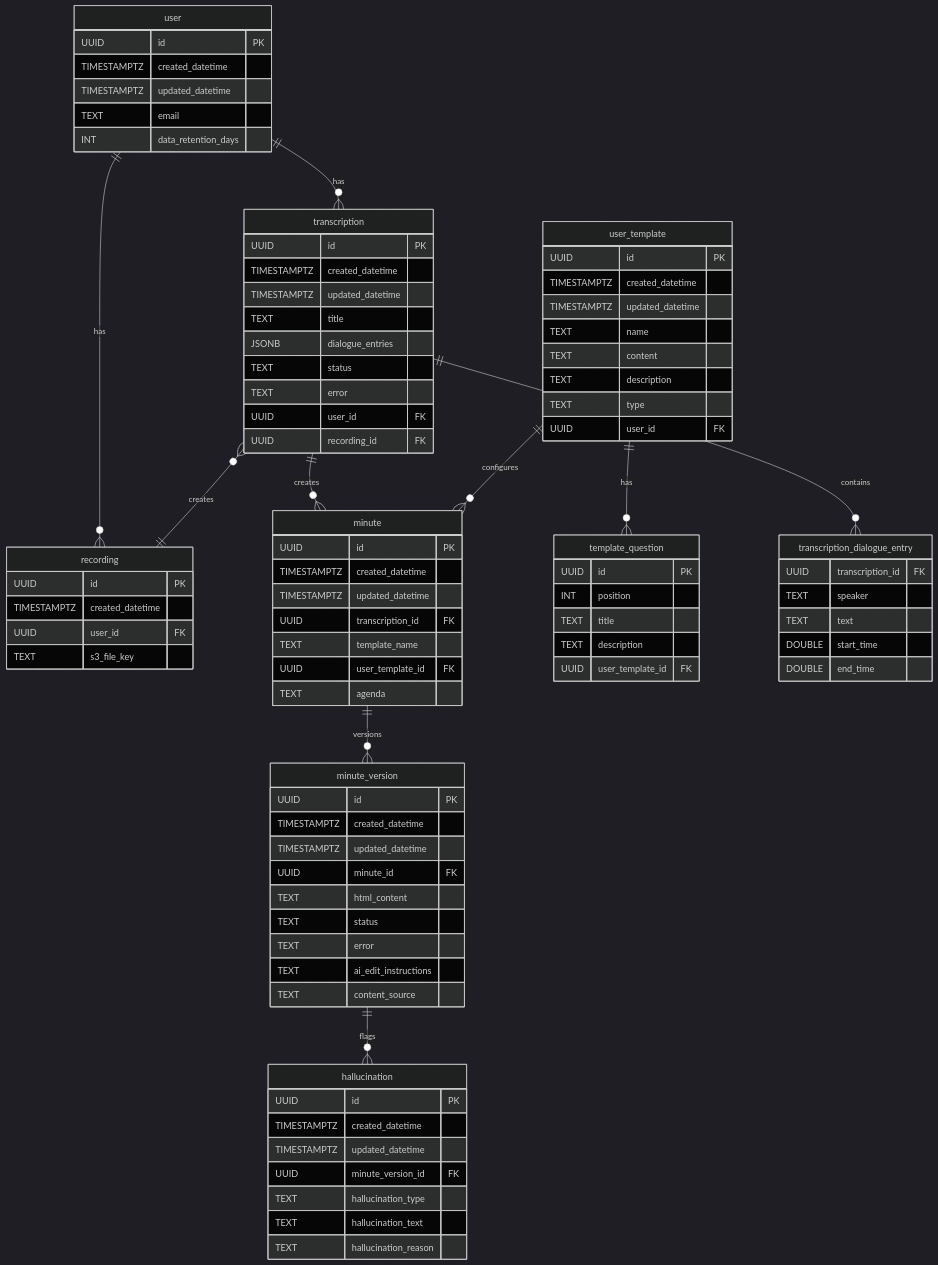
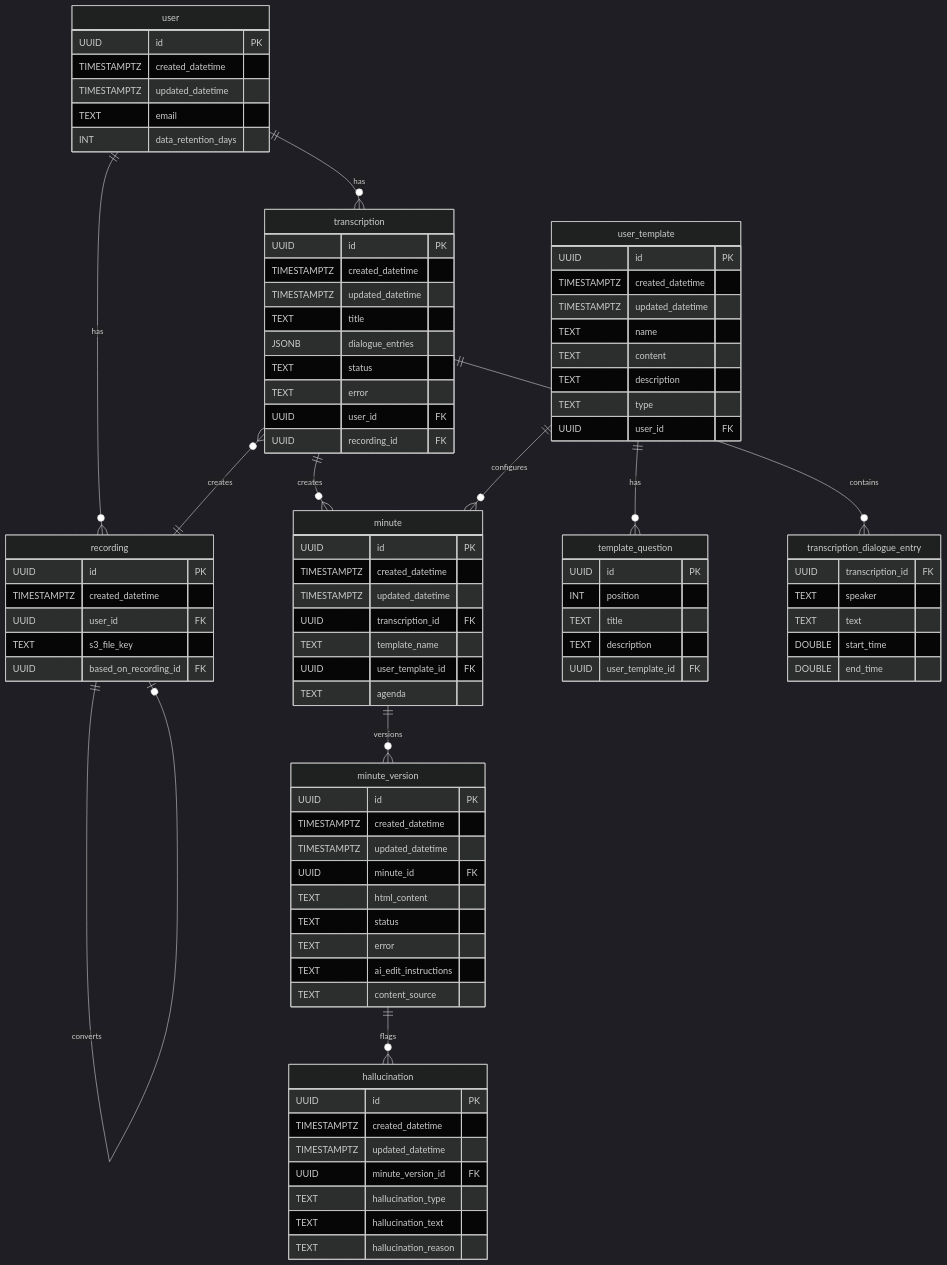
One commit to communitiesuk/i-ai-minute changed the first of 2 diagrams in documentation/data-contracts.md. Above: the diagram before and after it, drawn with Mermaid (dark theme). The commit also changed other lines of this file, not shown here.

Commit message:
docs: update data contracts with recording conversion relationship and standardized terminology

```diff
--- a/documentation/data-contracts.md
+++ b/documentation/data-contracts.md
@@ -28,6 +28,7 @@
     TIMESTAMPTZ created_datetime
     UUID user_id FK
     TEXT s3_file_key
+    UUID based_on_recording_id FK
   }
 
   transcription {
@@ -101,6 +102,7 @@
     DOUBLE end_time
   }
 
+  recording ||--o| recording : converts
   user ||--o{ recording : has
   user ||--o{ transcription : has
   transcription }o--|| recording : creates
```
